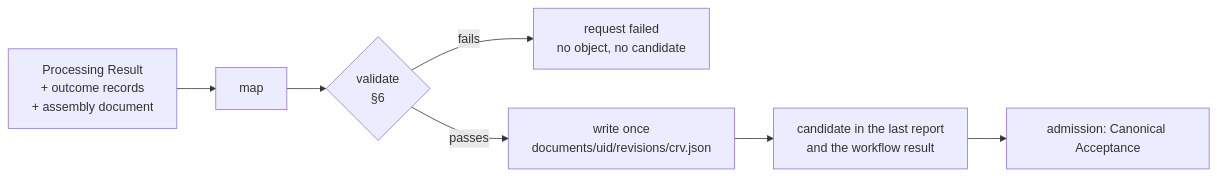
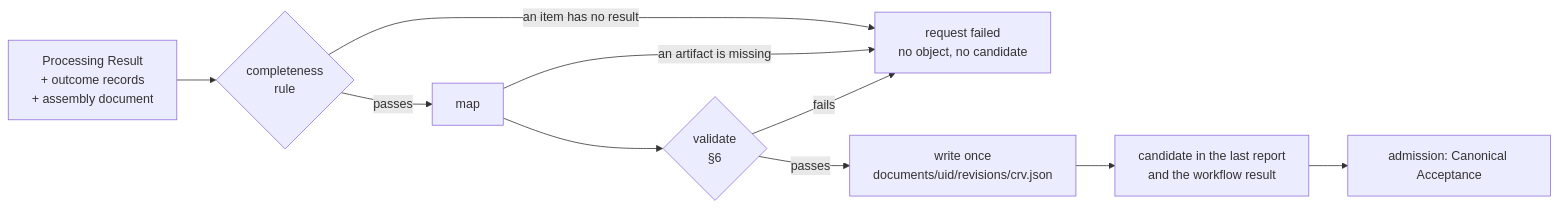
Before and after one commit to davidlinnnn/data-ingestion: the diagram in docs/design/knowledge-platform-canonical-content-spec.md, drawn with Mermaid. The commit also changed other lines of this file and 6 other files, not shown here.

````diff
--- a/docs/design/knowledge-platform-canonical-content-spec.md
+++ b/docs/design/knowledge-platform-canonical-content-spec.md
@@ -23,9 +23,12 @@
 ```mermaid
 flowchart LR
-  R[Processing Result<br>+ outcome records<br>+ assembly document] --> M[map]
+  R[Processing Result<br>+ outcome records<br>+ assembly document] --> K{completeness<br>rule}
+  K -- an item has no result --> F[request failed<br>no object, no candidate]
+  K -- passes --> M[map]
+  M -- an artifact is missing --> F
   M --> V{validate<br>§6}
-  V -- fails --> F[request failed<br>no object, no candidate]
+  V -- fails --> F
   V -- passes --> W[write once<br>documents/uid/revisions/crv.json]
   W --> C[candidate in the last report<br>and the workflow result]
   C --> A[admission: Canonical Acceptance]
 ```
````
